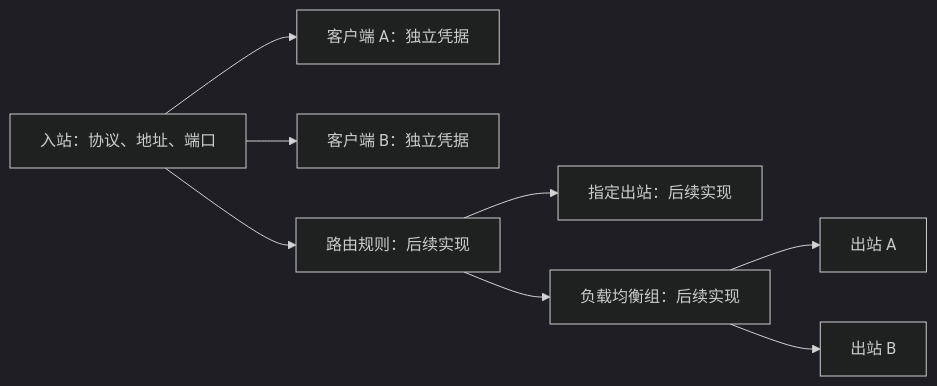
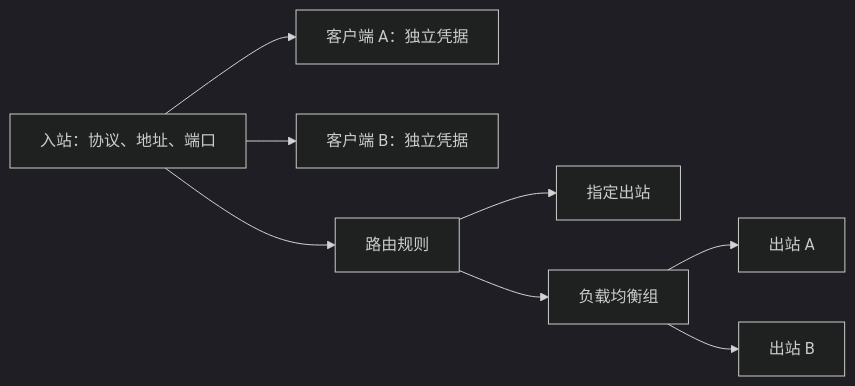
Before and after one commit to FQForge/xray-deploy: the diagram in docs/architecture.md, drawn with Mermaid (dark theme). The commit also changed other lines of this file and 7 other files, not shown here.

````diff
--- a/docs/architecture.md
+++ b/docs/architecture.md
@@ -9,10 +9,10 @@
 ```mermaid
 flowchart LR
     I[入站：协议、地址、端口] --> C1[客户端 A：独立凭据]
     I --> C2[客户端 B：独立凭据]
-    I --> R[路由规则：后续实现]
-    R --> O[指定出站：后续实现]
-    R --> B[负载均衡组：后续实现]
+    I --> R[路由规则]
+    R --> O[指定出站]
+    R --> B[负载均衡组]
     B --> O1[出站 A]
     B --> O2[出站 B]
 ```
````
